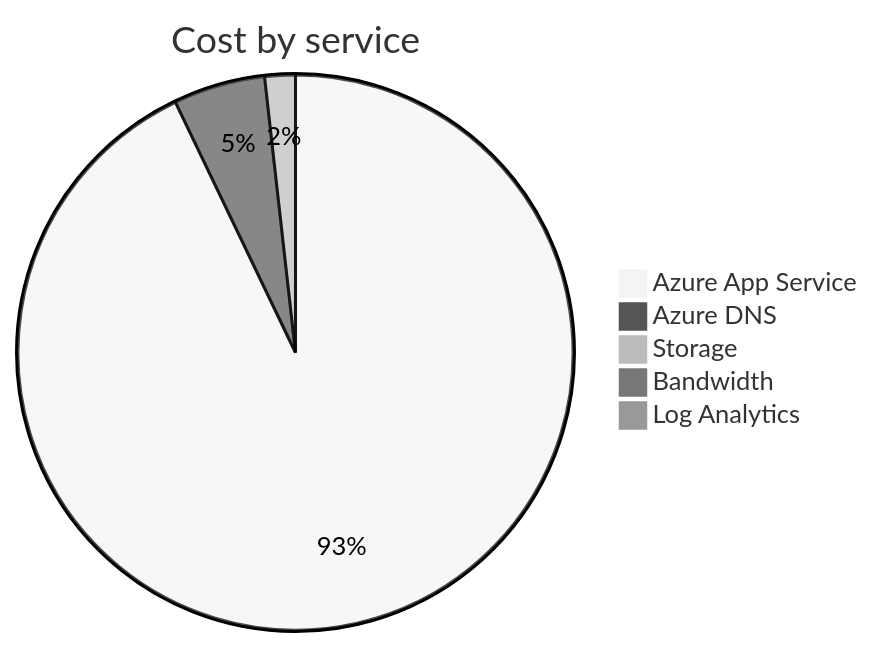
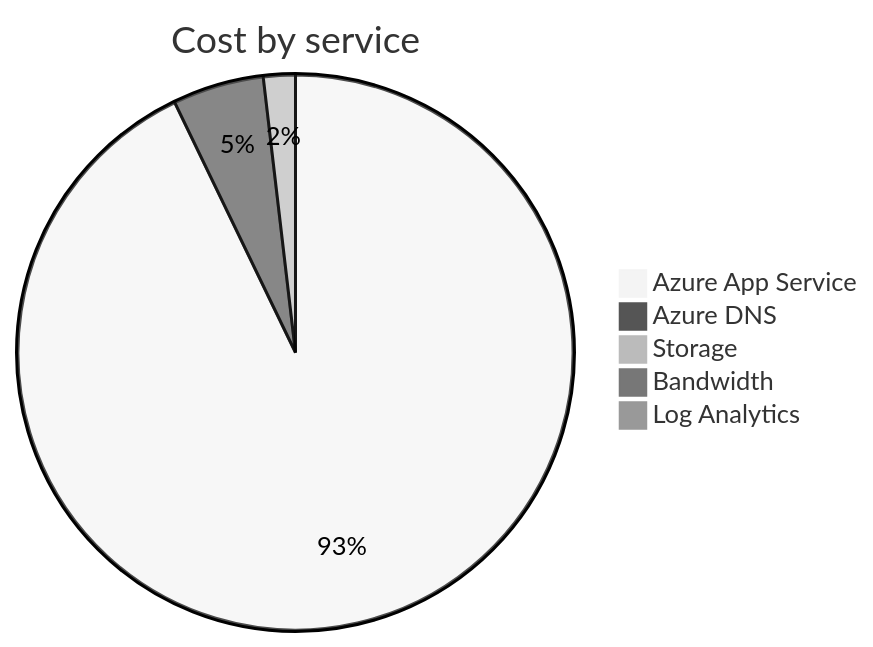
Before and after one commit to jpfulton/azure-personal-reports: the second of 4 diagrams in cost-reports/accumulated-cost.md, drawn with Mermaid (neutral theme). The commit also changed other lines of this file and 4 other files, not shown here.

````diff
--- a/cost-reports/accumulated-cost.md
+++ b/cost-reports/accumulated-cost.md
@@ -97,9 +97,9 @@
 ```mermaid
 pie
    title Cost by service
-   "Azure App Service" : 2.61
-   "Azure DNS" : 0.15
-   "Storage" : 0.05
+   "Azure App Service" : 3.50
+   "Azure DNS" : 0.20
+   "Storage" : 0.07
    "Bandwidth" : 0.00
    "Log Analytics" : 0.00
 ```
````
